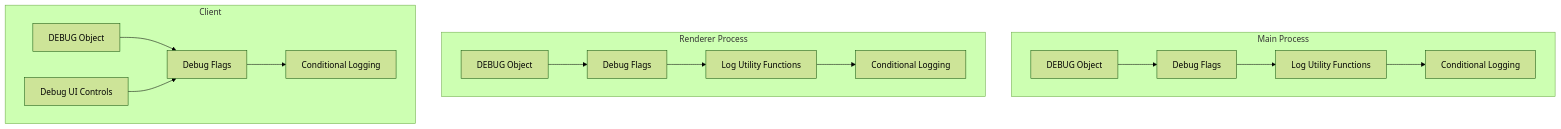
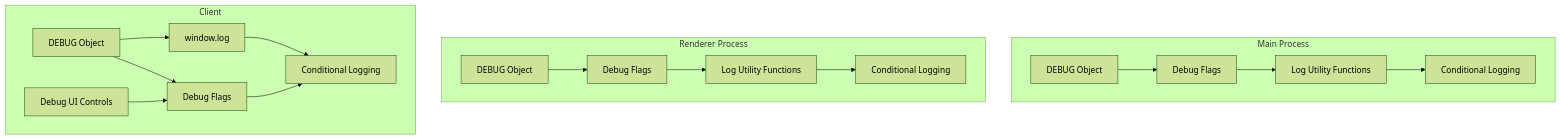
One commit to kinectron/kinectron changed diagram 12 of 13 in memory-bank/systemPatterns.md. Above: the diagram before and after it, drawn with Mermaid (forest theme). The commit also changed other lines of this file and 20 other files, not shown here.

````diff
--- a/memory-bank/systemPatterns.md
+++ b/memory-bank/systemPatterns.md
@@ -562,28 +562,30 @@
 ```mermaid
 flowchart TD
     subgraph "Main Process"
         AppDebug[DEBUG Object]
         DebugFlags[Debug Flags]
         LogFunctions[Log Utility Functions]
         ConditionalLogs[Conditional Logging]
     end
 
     subgraph "Renderer Process"
         RendererDebug[DEBUG Object]
         RendererFlags[Debug Flags]
         RendererLogFunctions[Log Utility Functions]
         RendererLogs[Conditional Logging]
     end
 
     subgraph "Client"
         ClientDebug[DEBUG Object]
         ClientFlags[Debug Flags]
         ClientUI[Debug UI Controls]
         ClientLogs[Conditional Logging]
+        GlobalLog[window.log]
     end
 
     AppDebug --> DebugFlags --> LogFunctions --> ConditionalLogs
     RendererDebug --> RendererFlags --> RendererLogFunctions --> RendererLogs
     ClientDebug --> ClientFlags --> ClientLogs
     ClientUI --> ClientFlags
+    ClientDebug --> GlobalLog --> ClientLogs
 ```
````
